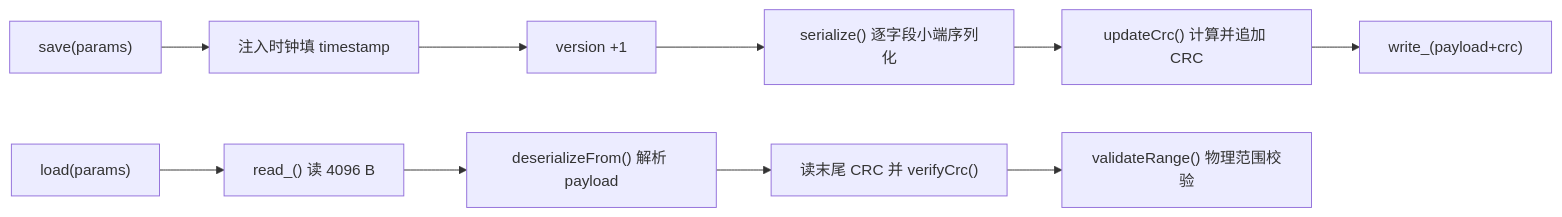
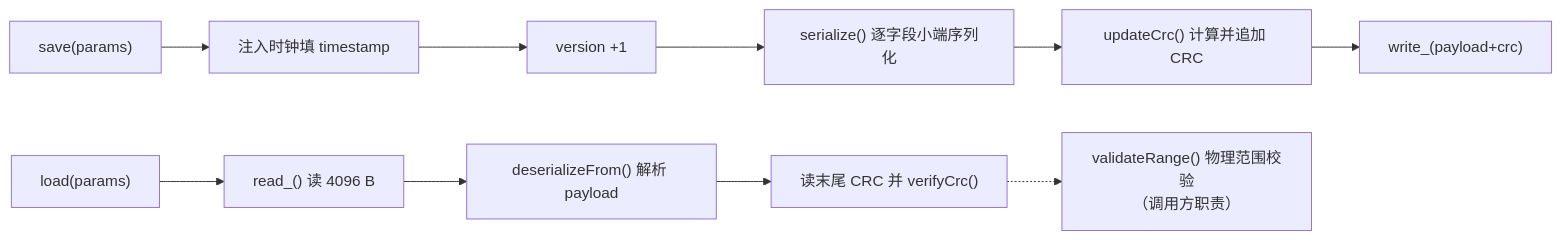
Before and after one commit to jimaka/auto_rudder: the tenth of 19 diagrams in 软件设计与架构文档.md, drawn with Mermaid. The commit also changed other lines of this file and 15 other files, not shown here.

````diff
--- a/软件设计与架构文档.md
+++ b/软件设计与架构文档.md
@@ -372,12 +488,12 @@
 ```mermaid
 flowchart LR
     A["save(params)"] --> B["注入时钟填 timestamp"]
     B --> C["version +1"]
     C --> D["serialize() 逐字段小端序列化"]
     D --> E["updateCrc() 计算并追加 CRC"]
     E --> F["write_(payload+crc)"]
     G["load(params)"] --> H["read_() 读 4096 B"]
     H --> I["deserializeFrom() 解析 payload"]
     I --> J["读末尾 CRC 并 verifyCrc()"]
-    J --> K["validateRange() 物理范围校验"]
+    J -.-> K["validateRange() 物理范围校验<br/>（调用方职责）"]
 ```
````
